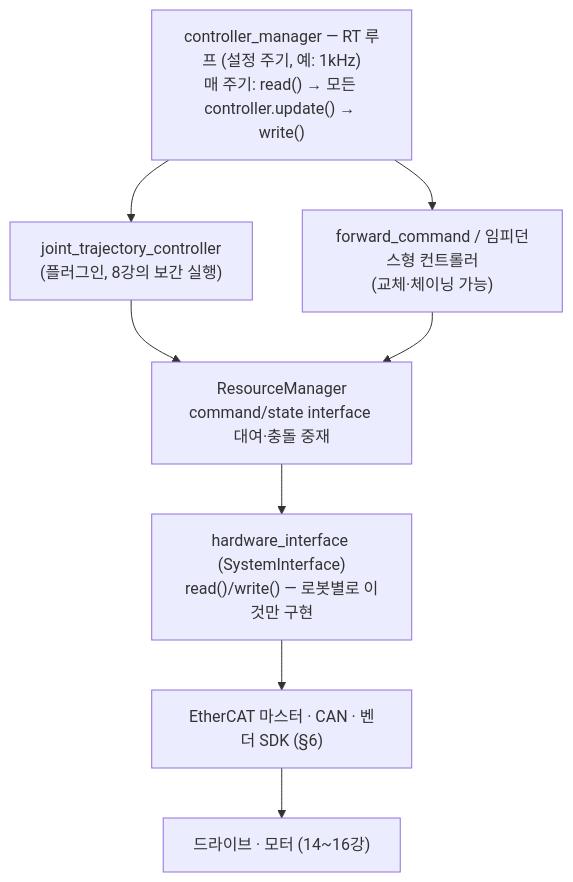
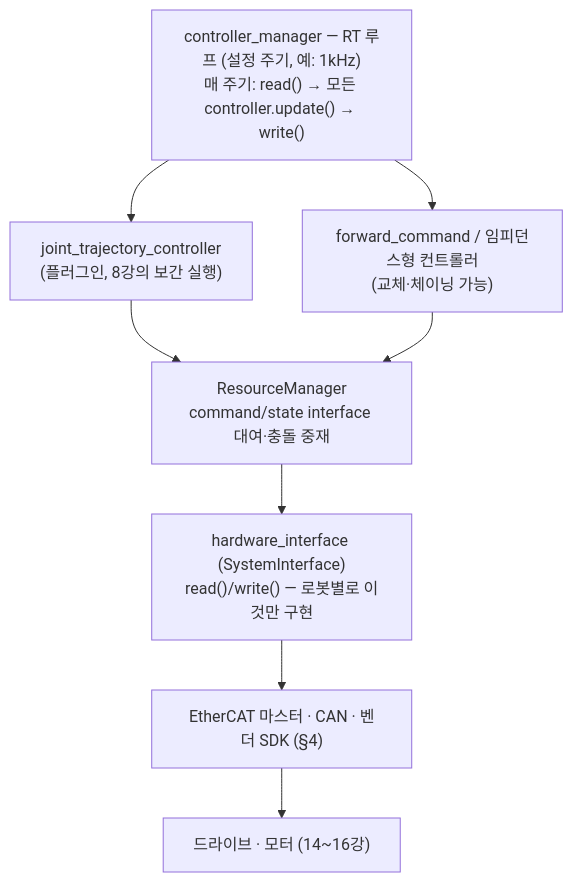
One commit to HPaper/physical-ai-curriculum changed the second of 2 diagrams in part14-system-integration/lec58-robot-software-stack.md. Above: the diagram before and after it, drawn with Mermaid. The commit also changed other lines of this file and 40 other files, not shown here.

````diff
--- a/part14-system-integration/lec58-robot-software-stack.md
+++ b/part14-system-integration/lec58-robot-software-stack.md
@@ -282,11 +282,11 @@
 ```mermaid
 graph TB
     cm["controller_manager — RT 루프 (설정 주기, 예: 1kHz)<br/>매 주기: read() → 모든 controller.update() → write()"]
     cm --> c1["joint_trajectory_controller<br/>(플러그인, 8강의 보간 실행)"]
     cm --> c2["forward_command / 임피던스형 컨트롤러<br/>(교체·체이닝 가능)"]
     c1 --> rm["ResourceManager<br/>command/state interface 대여·충돌 중재"]
     c2 --> rm
     rm --> hw["hardware_interface (SystemInterface)<br/>read()/write() — 로봇별로 이것만 구현"]
-    hw --> bus["EtherCAT 마스터 · CAN · 벤더 SDK (§6)"]
+    hw --> bus["EtherCAT 마스터 · CAN · 벤더 SDK (§4)"]
     bus --> mtr["드라이브 · 모터 (14~16강)"]
 ```
````
